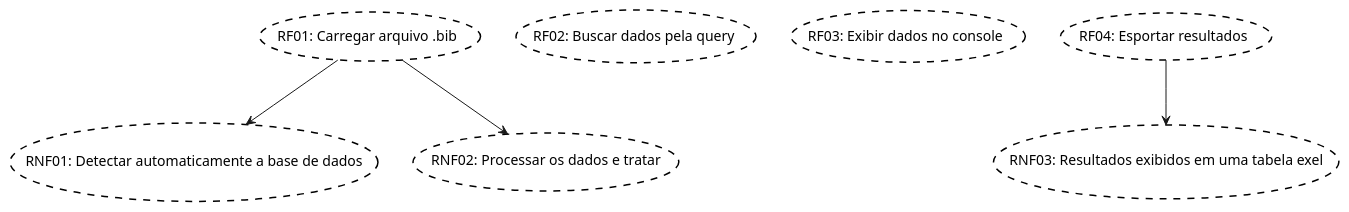
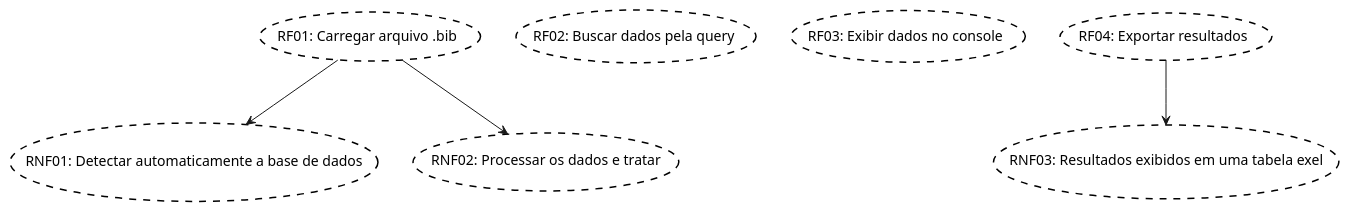
The diagram in docs/diagrama-de-requisitos.puml (RonyFonseca/BibSync), drawn with PlantUML before and after one commit. The commit also changed 8 other files, not shown here.

Commit message:
docs(Diagramas): Implementação de novos diagramas, caso de uso e de classe.

```diff
--- a/docs/diagrama-de-requisitos.puml
+++ b/docs/diagrama-de-requisitos.puml
@@ -1,18 +1,18 @@
 @startuml
 ' Requisitos funcionais (RF)
 requirement "RF01: Carregar arquivo .bib" as RF01
 requirement "RF02: Buscar dados pela query" as RF02
 requirement "RF03: Exibir dados no console" as RF03
-requirement "RF04: Esportar resultados" as RF04
+requirement "RF04: Exportar resultados" as RF04
 
 ' Requisitos não funcionais (RNF)
 requirement "RNF01: Detectar automaticamente a base de dados" as RNF01
 requirement "RNF02: Processar os dados e tratar" as RNF02
 requirement "RNF03: Resultados exibidos em uma tabela exel" as RNF03
 
 
 RF01 --> RNF01
 RF01 --> RNF02
 RF04 --> RNF03
 
 @enduml
```
